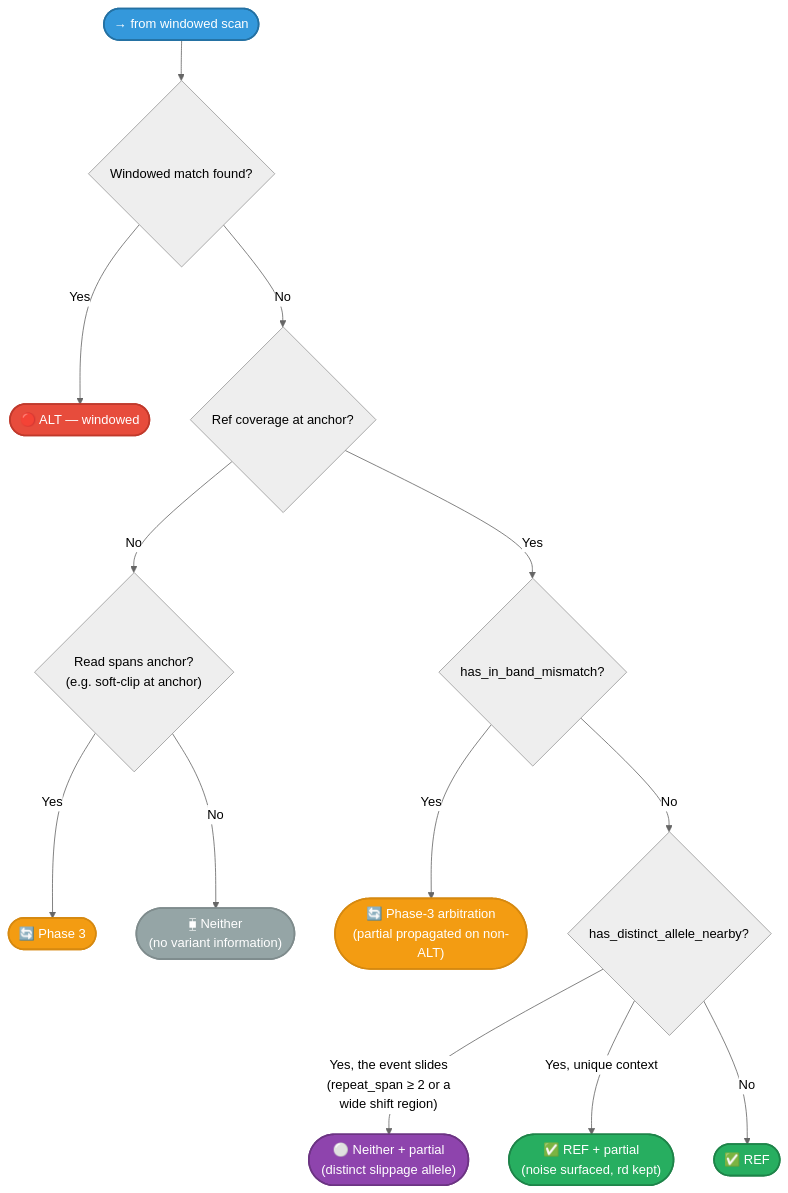
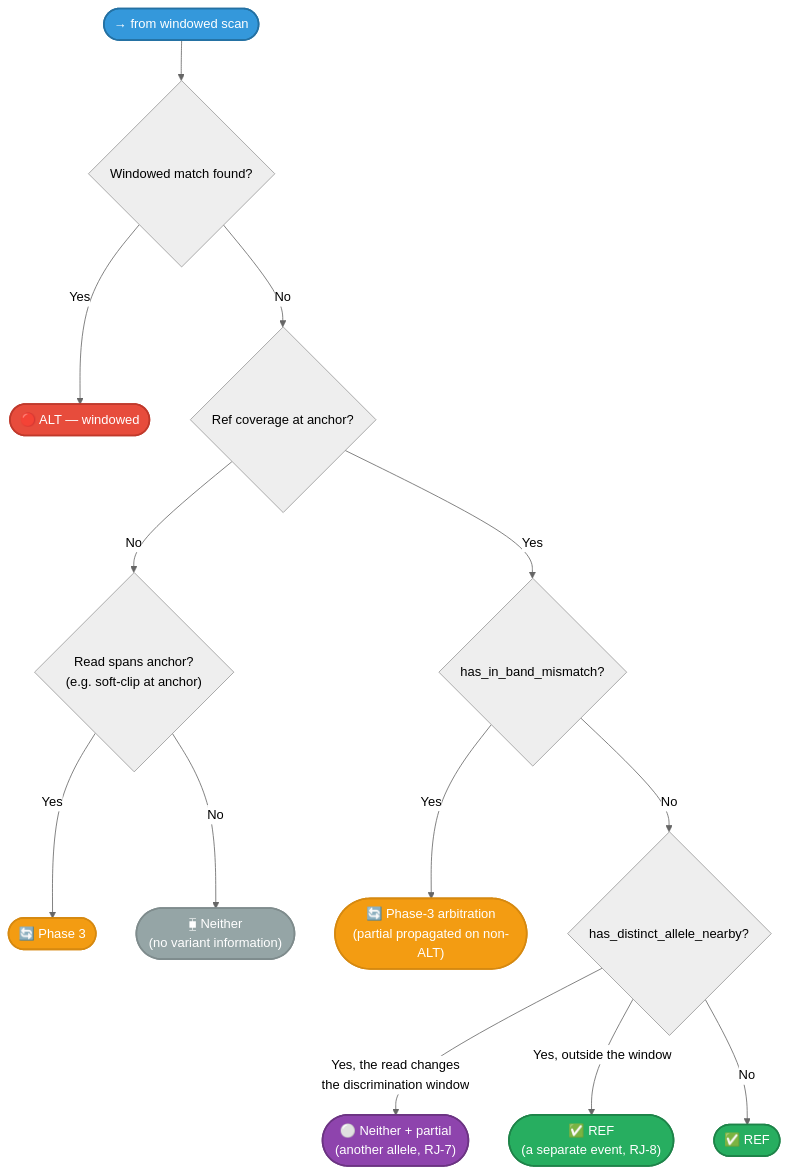
One commit to msk-access/gbcms changed the seventh of 12 diagrams in docs/reference/allele-classification.md. Above: the diagram before and after it, drawn with Mermaid (neutral theme). The commit also changed other lines of this file and 7 other files, not shown here.

````diff
--- a/docs/reference/allele-classification.md
+++ b/docs/reference/allele-classification.md
@@ -431,22 +437,22 @@
 ```mermaid
 flowchart TD
     EvalIn(["→ from windowed scan"]):::entry --> Win{"Windowed match found?"}
     Win -->|Yes| WinAlt(["🔴 ALT — windowed"]):::alt
     Win -->|No| Spans{"Ref coverage at anchor?"}
     Spans -->|No| AnchorSpan{"Read spans anchor?\n(e.g. soft-clip at anchor)"}
     AnchorSpan -->|Yes| CPX(["🔄 Phase 3"]):::fallback
     AnchorSpan -->|No| Neither(["⧯ Neither\n(no variant information)"]):::neither
     Spans -->|Yes| IBCheck{"has_in_band_mismatch?"}
     IBCheck -->|Yes| CPXP(["🔄 Phase-3 arbitration\n(partial propagated on non-ALT)"]):::fallback
     IBCheck -->|No| WLCheck{"has_distinct_allele_nearby?"}
-    WLCheck -->|"Yes, the event slides\n(repeat_span ≥ 2 or a\nwide shift region)"| WLPartial(["⚪ Neither + partial\n(distinct slippage allele)"]):::partial
-    WLCheck -->|"Yes, unique context"| RefPartial(["✅ REF + partial\n(noise surfaced, rd kept)"]):::ref
+    WLCheck -->|"Yes, the read changes\nthe discrimination window"| WLPartial(["⚪ Neither + partial\n(another allele, RJ-7)"]):::partial
+    WLCheck -->|"Yes, outside the window"| RefSep(["✅ REF\n(a separate event, RJ-8)"]):::ref
     WLCheck -->|No| Ref(["✅ REF"]):::ref
 
     classDef entry fill:#3498db,color:#fff,stroke:#2471a3,stroke-width:2px;
     classDef ref fill:#27ae60,color:#fff,stroke:#1e8449,stroke-width:2px;
     classDef alt fill:#e74c3c,color:#fff,stroke:#c0392b,stroke-width:2px;
     classDef neither fill:#95a5a6,color:#fff,stroke:#7f8c8d,stroke-width:2px;
     classDef partial fill:#8e44ad,color:#fff,stroke:#6c3483,stroke-width:2px;
     classDef fallback fill:#f39c12,color:#fff,stroke:#d68910,stroke-width:2px;
 ```
````
